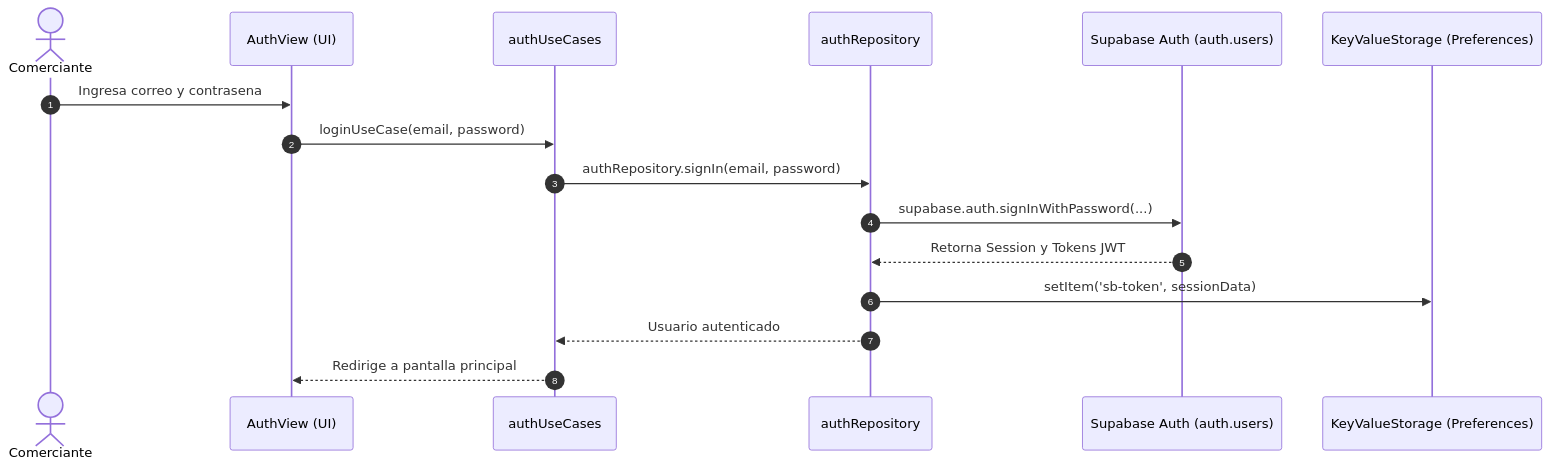
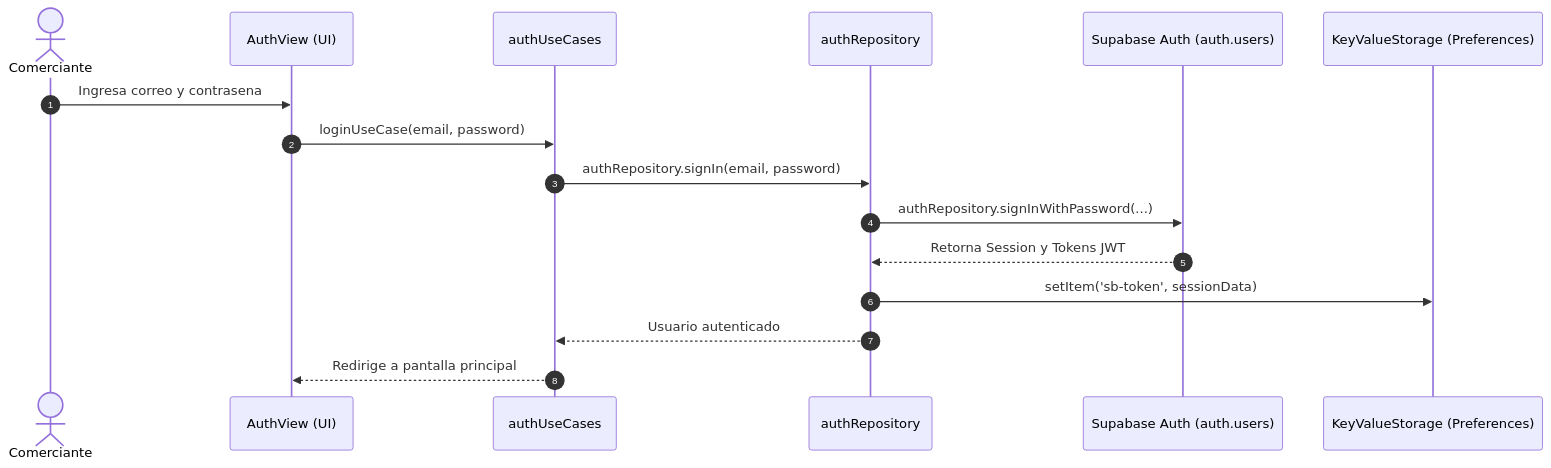
One commit to emircruzm/Rentabill changed the eighth of 9 diagrams in docs/documentacion/06-flujos.md. Above: the diagram before and after it, drawn with Mermaid. The commit also changed other lines of this file and 24 other files, not shown here.

````diff
--- a/docs/documentacion/06-flujos.md
+++ b/docs/documentacion/06-flujos.md
@@ -177,19 +177,19 @@
 ```mermaid
 sequenceDiagram
     autonumber
     actor Usuario as Comerciante
     participant Auth as AuthView (UI)
     participant UC as authUseCases
     participant Repo as authRepository
     participant SupaAuth as Supabase Auth (auth.users)
     participant Storage as KeyValueStorage (Preferences)
 
     Usuario->>Auth: Ingresa correo y contrasena
     Auth->>UC: loginUseCase(email, password)
     UC->>Repo: authRepository.signIn(email, password)
-    Repo->>SupaAuth: supabase.auth.signInWithPassword(...)
+    Repo->>SupaAuth: authRepository.signInWithPassword(...)
     SupaAuth-->>Repo: Retorna Session y Tokens JWT
     Repo->>Storage: setItem('sb-token', sessionData)
     Repo-->>UC: Usuario autenticado
     UC-->>Auth: Redirige a pantalla principal
 ```
````
